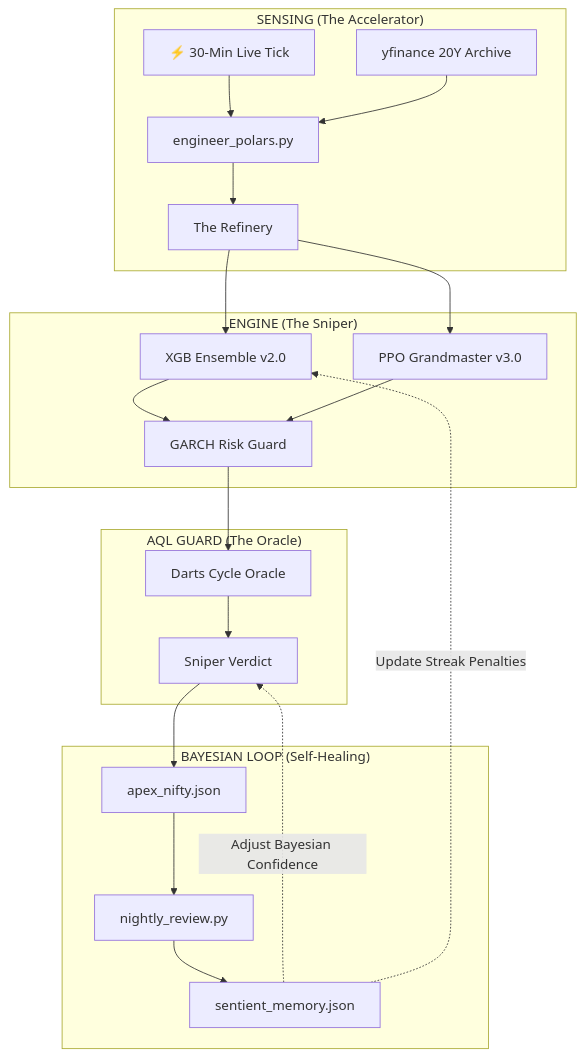
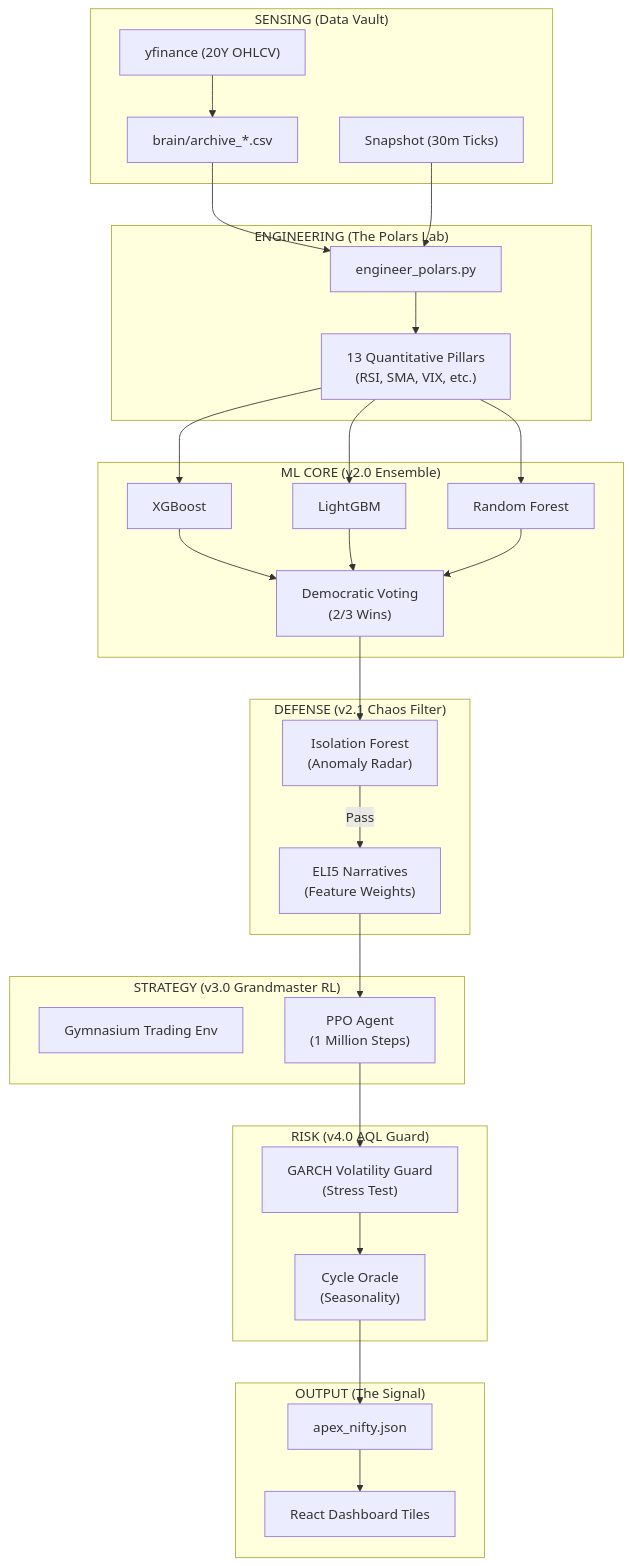
One commit to pravindev666/Tradyx-Aleph changed the first of 7 diagrams in README.md. Above: the diagram before and after it, drawn with Mermaid. The commit also changed other lines of this file, not shown here.

````diff
--- a/README.md
+++ b/README.md
@@ -121,28 +15,53 @@
 ```mermaid
 graph TD
-    subgraph "SENSING (The Accelerator)"
-        A_LIVE[⚡ 30-Min Live Tick] --> A_POL
-        A_ARCH[yfinance 20Y Archive] --> A_POL
-        A_POL[engineer_polars.py] --> A_REF[The Refinery]
+    subgraph "SENSING (Data Vault)"
+        YF["yfinance (20Y OHLCV)"]
+        LIVE["Snapshot (30m Ticks)"]
+        ARCH["brain/archive_*.csv"]
     end
 
-    subgraph "ENGINE (The Sniper)"
-        A_REF --> A_XGB[XGB Ensemble v2.0]
-        A_REF --> A_PPO[PPO Grandmaster v3.0]
-        A_XGB & A_PPO --> A_RISK[GARCH Risk Guard]
+    subgraph "ENGINEERING (The Polars Lab)"
+        POLY["engineer_polars.py"]
+        FEAT["13 Quantitative Pillars\n(RSI, SMA, VIX, etc.)"]
     end
 
-    subgraph "AQL GUARD (The Oracle)"
-        A_RISK --> A_DAR[Darts Cycle Oracle]
-        A_DAR --> A_SNIP[Sniper Verdict]
+    subgraph "ML CORE (v2.0 Ensemble)"
+        XGB["XGBoost"]
+        LGB["LightGBM"]
+        RF["Random Forest"]
+        VOTE["Democratic Voting\n(2/3 Wins)"]
     end
 
-    subgraph "BAYESIAN LOOP (Self-Healing)"
-        A_SNIP --> A_OUT[apex_nifty.json]
-        A_OUT --> A_NIGHT[nightly_review.py]
-        A_NIGHT --> A_MEM[sentient_memory.json]
-        
-        A_MEM -.->|Adjust Bayesian Confidence| A_SNIP
-        A_MEM -.->|Update Streak Penalties| A_XGB
+    subgraph "DEFENSE (v2.1 Chaos Filter)"
+        ISO["Isolation Forest\n(Anomaly Radar)"]
+        ELI5["ELI5 Narratives\n(Feature Weights)"]
     end
+
+    subgraph "STRATEGY (v3.0 Grandmaster RL)"
+        ENV["Gymnasium Trading Env"]
+        PPO["PPO Agent\n(1 Million Steps)"]
+    end
+
+    subgraph "RISK (v4.0 AQL Guard)"
+        GARCH["GARCH Volatility Guard\n(Stress Test)"]
+        DARTS["Cycle Oracle\n(Seasonality)"]
+    end
+
+    subgraph "OUTPUT (The Signal)"
+        JSON["apex_nifty.json"]
+        UI["React Dashboard Tiles"]
+    end
+
+    YF --> ARCH --> POLY
+    LIVE --> POLY
+    POLY --> FEAT
+    FEAT --> XGB & LGB & RF
+    XGB & LGB & RF --> VOTE
+    VOTE --> ISO
+    ISO -->|Pass| ELI5
+    ELI5 --> PPO
+    PPO --> GARCH
+    GARCH --> DARTS
+    DARTS --> JSON
+    JSON --> UI
 ```
````
